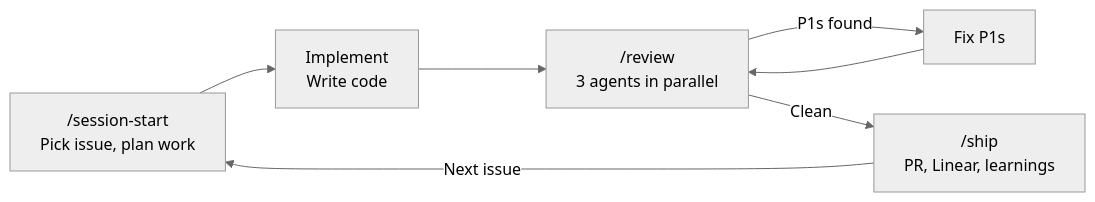
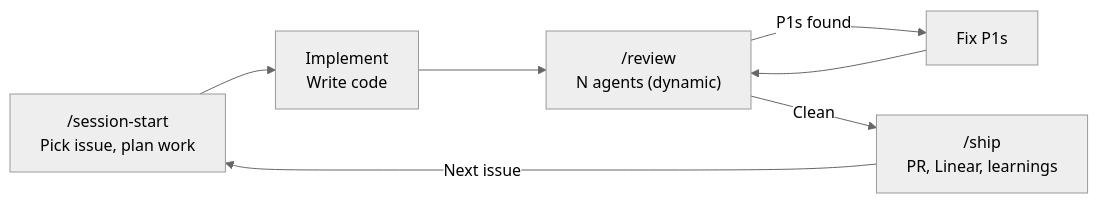
One commit to Brite-Nites/britenites-claude-plugins changed the fourth of 4 diagrams in ARCHITECTURE.md. Above: the diagram before and after it, drawn with Mermaid (neutral theme). The commit also changed other lines of this file and 14 other files, not shown here.

First line of the commit message:
Add dynamic agent selection and 5 new review agents (BRI-1627)

````diff
--- a/ARCHITECTURE.md
+++ b/ARCHITECTURE.md
@@ -131,9 +131,9 @@
 ```mermaid
 flowchart LR
     SS["/session-start<br/>Pick issue, plan work"] --> IM["Implement<br/>Write code"]
-    IM --> RV["/review<br/>3 agents in parallel"]
+    IM --> RV["/review<br/>N agents (dynamic)"]
     RV -->|"P1s found"| FX["Fix P1s"]
     FX --> RV
     RV -->|"Clean"| SH["/ship<br/>PR, Linear, learnings"]
     SH -->|"Next issue"| SS
 ```
````
